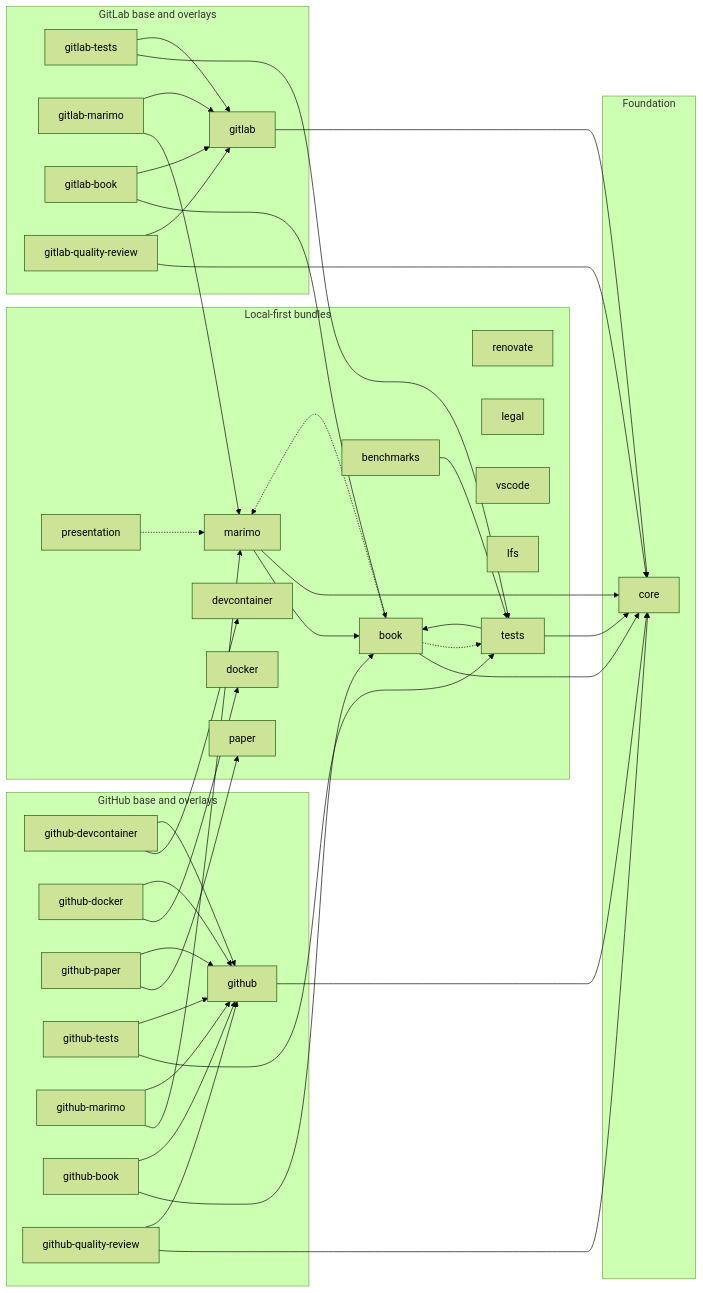
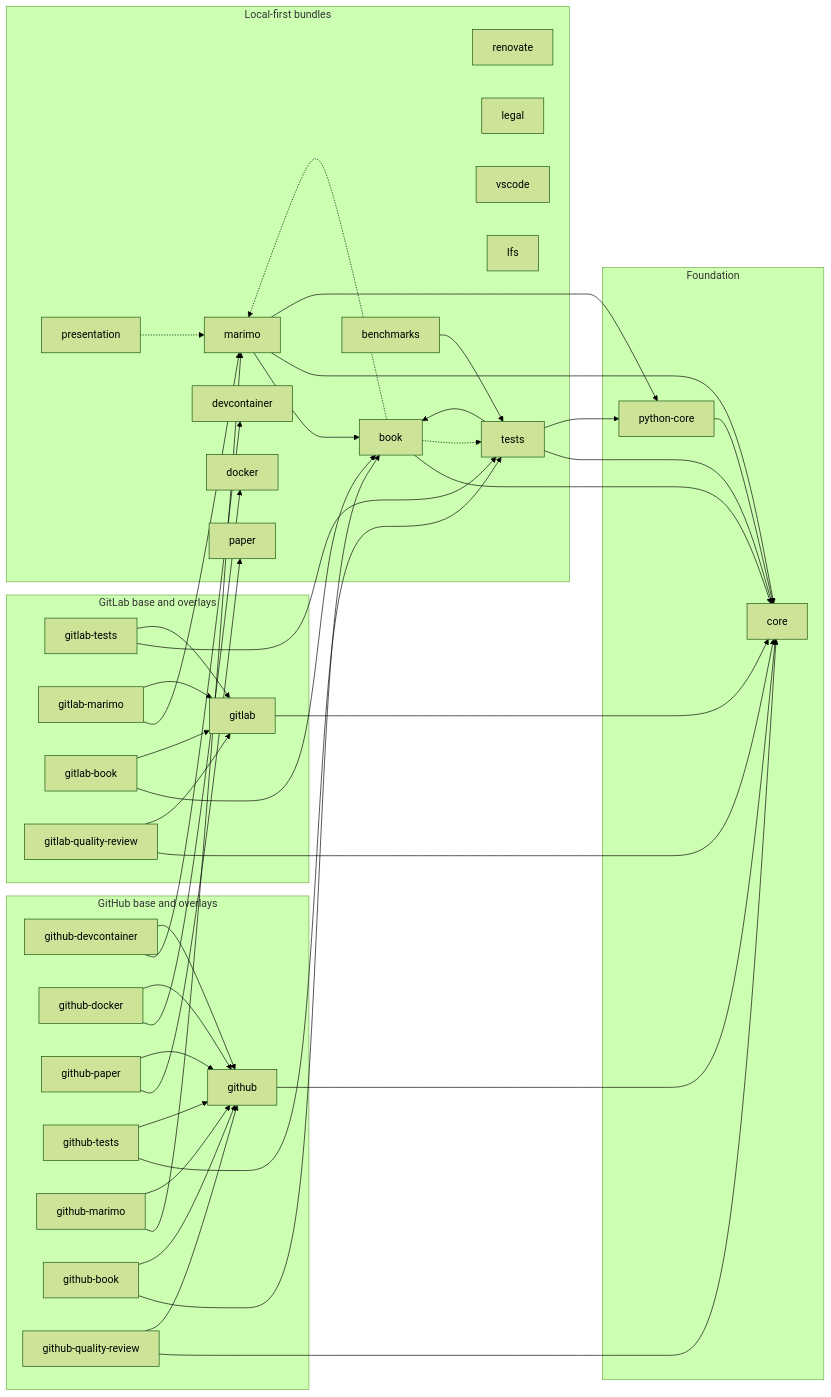
Before and after one commit to Jebel-Quant/rhiza: the diagram in docs/reference/GLOSSARY.md, drawn with Mermaid (forest theme). The commit also changed 22 other files, not shown here.

````diff
--- a/docs/reference/GLOSSARY.md
+++ b/docs/reference/GLOSSARY.md
@@ -42,74 +42,78 @@
 ```mermaid
 flowchart LR
     subgraph Foundation["Foundation"]
         core["core"]
+        python_core["python-core"]
     end
 
     subgraph Local["Local-first bundles"]
         renovate["renovate"]
         legal["legal"]
         devcontainer["devcontainer"]
         vscode["vscode"]
         docker["docker"]
         lfs["lfs"]
         presentation["presentation"]
         paper["paper"]
         book["book"]
         tests["tests"]
         benchmarks["benchmarks"]
         marimo["marimo"]
     end
 
     subgraph GitHub["GitHub base and overlays"]
         github["github"]
         github_devcontainer["github-devcontainer"]
         github_docker["github-docker"]
         github_paper["github-paper"]
         github_tests["github-tests"]
         github_marimo["github-marimo"]
         github_book["github-book"]
         github_quality_review["github-quality-review"]
     end
 
     subgraph GitLab["GitLab base and overlays"]
         gitlab["gitlab"]
         gitlab_tests["gitlab-tests"]
         gitlab_marimo["gitlab-marimo"]
         gitlab_book["gitlab-book"]
         gitlab_quality_review["gitlab-quality-review"]
     end
 
+    python_core --> core
     github --> core
     gitlab --> core
     book --> core
     tests --> book
     tests --> core
+    tests --> python_core
     benchmarks --> tests
     marimo --> book
     marimo --> core
+    marimo --> python_core
     github_devcontainer --> devcontainer
     github_devcontainer --> github
     github_docker --> docker
     github_docker --> github
     github_paper --> paper
     github_paper --> github
     github_tests --> tests
     github_tests --> github
     github_marimo --> marimo
     github_marimo --> github
     github_book --> book
     github_book --> github
     github_quality_review --> core
     github_quality_review --> github
     gitlab_tests --> tests
     gitlab_tests --> gitlab
     gitlab_marimo --> marimo
     gitlab_marimo --> gitlab
     gitlab_book --> book
     gitlab_book --> gitlab
     gitlab_quality_review --> core
     gitlab_quality_review --> gitlab
     presentation -.-> marimo
     book -.-> tests
     book -.-> marimo
 ```
````
